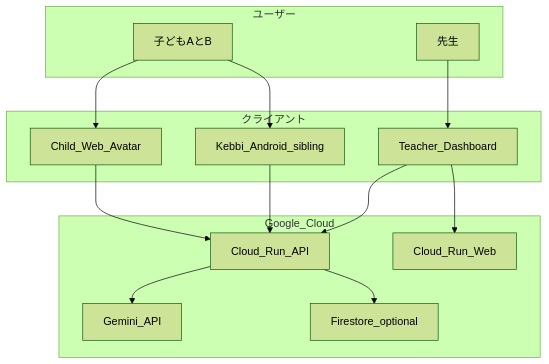
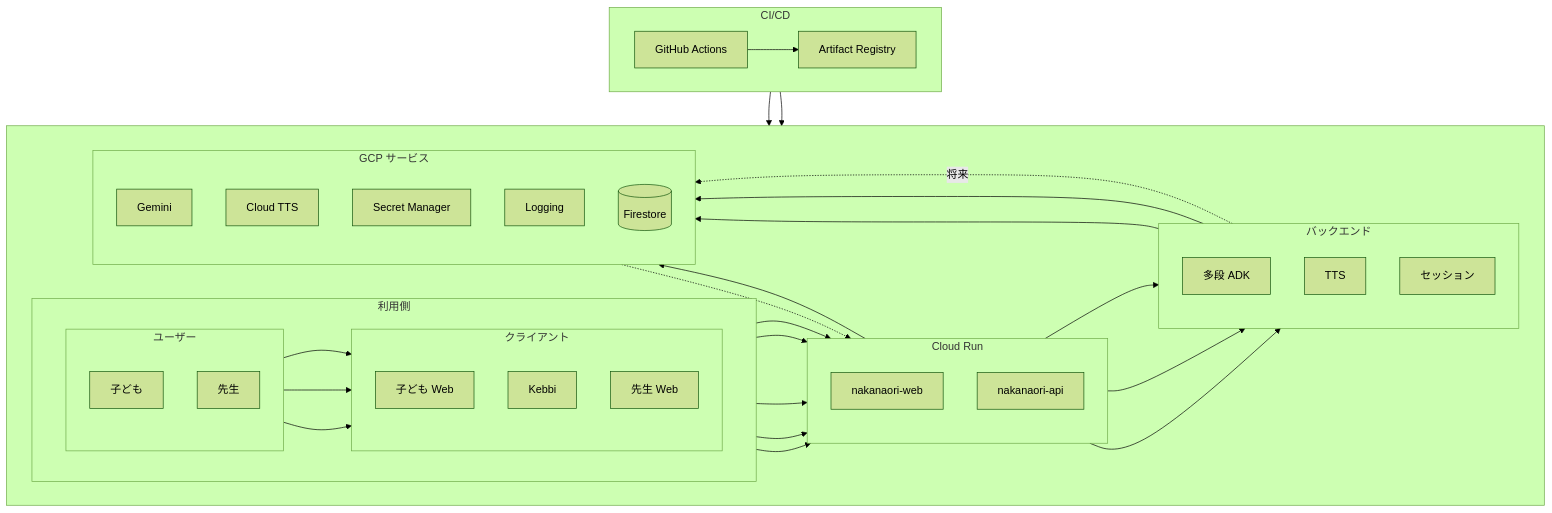
The first of 3 diagrams in docs/architecture.md (satoshi-maemoto/nakanaori-agent), drawn with Mermaid (forest theme) before and after one commit. The commit also changed other lines of this file and 1 other file, not shown here.

Commit message:
docs: expand architecture diagram and ProtoPedia submission draft.
Add a readable left-to-right system diagram with a full tech stack table, and align the ProtoPedia copy with the form fields, origin story, and no public demo URLs.

````diff
--- a/docs/architecture.md
+++ b/docs/architecture.md
@@ -9,30 +13,70 @@
 ```mermaid
 flowchart TB
-    subgraph users [ユーザー]
-        Child[子どもAとB]
-        Teacher[先生]
+    subgraph devops [CI/CD]
+        direction LR
+        GHA[GitHub Actions] --> AR[Artifact Registry]
     end
 
-    subgraph clients [クライアント]
-        WebChild[Child_Web_Avatar]
-        WebTeacher[Teacher_Dashboard]
-        Kebbi[Kebbi_Android_sibling]
+    subgraph main [ ]
+        direction LR
+
+        subgraph front [利用側]
+            direction LR
+            subgraph users [ユーザー]
+                direction TB
+                Child[子ども]
+                Teacher[先生]
+            end
+            subgraph clients [クライアント]
+                direction TB
+                WebChild[子ども Web]
+                Kebbi[Kebbi]
+                WebTeacher[先生 Web]
+            end
+            Child --> WebChild
+            Child --> Kebbi
+            Teacher --> WebTeacher
+        end
+
+        subgraph run [Cloud Run]
+            direction TB
+            Web[nakanaori-web]
+            API[nakanaori-api]
+        end
+
+        subgraph core [バックエンド]
+            direction TB
+            Agents[多段 ADK]
+            TtsLib[TTS]
+            Store[セッション]
+        end
+
+        subgraph ext [GCP サービス]
+            direction TB
+            Gemini[Gemini]
+            CloudTTS[Cloud TTS]
+            Secrets[Secret Manager]
+            Log[Logging]
+            FS[(Firestore)]
+        end
     end
 
-    subgraph gcp [Google_Cloud]
-        CloudRunAPI[Cloud_Run_API]
-        CloudRunWeb[Cloud_Run_Web]
-        Gemini[Gemini_API]
-        Firestore[Firestore_optional]
-    end
+    WebChild --> Web
+    WebChild --> API
+    WebTeacher --> Web
+    WebTeacher --> API
+    Kebbi --> API
 
-    Child --> WebChild
-    Child --> Kebbi
-    Teacher --> WebTeacher
-    WebChild --> CloudRunAPI
-    Kebbi --> CloudRunAPI
-    WebTeacher --> CloudRunAPI
-    WebTeacher --> CloudRunWeb
-    CloudRunAPI --> Gemini
-    CloudRunAPI --> Firestore
+    API --> Agents
+    API --> TtsLib
+    API --> Store
+    Agents --> Gemini
+    TtsLib --> CloudTTS
+    API --> Log
+
+    Secrets -.-> API
+    Store -.->|将来| FS
+
+    AR --> Web
+    AR --> API
 ```
````
